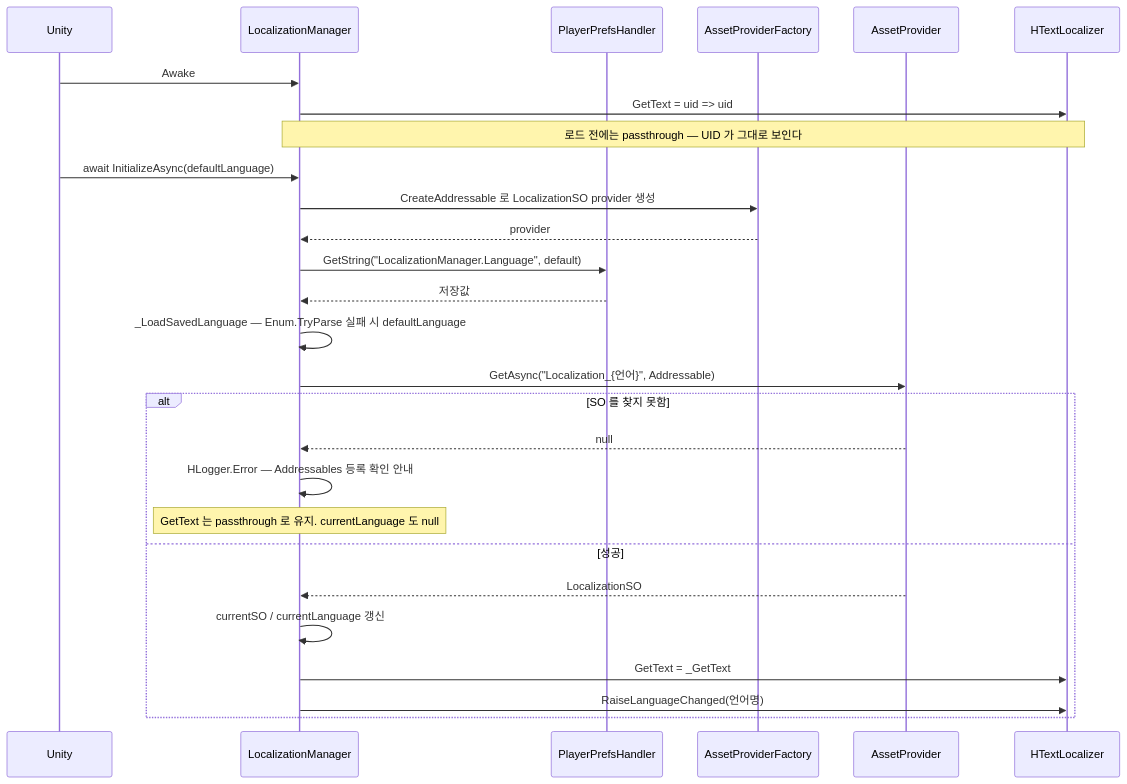
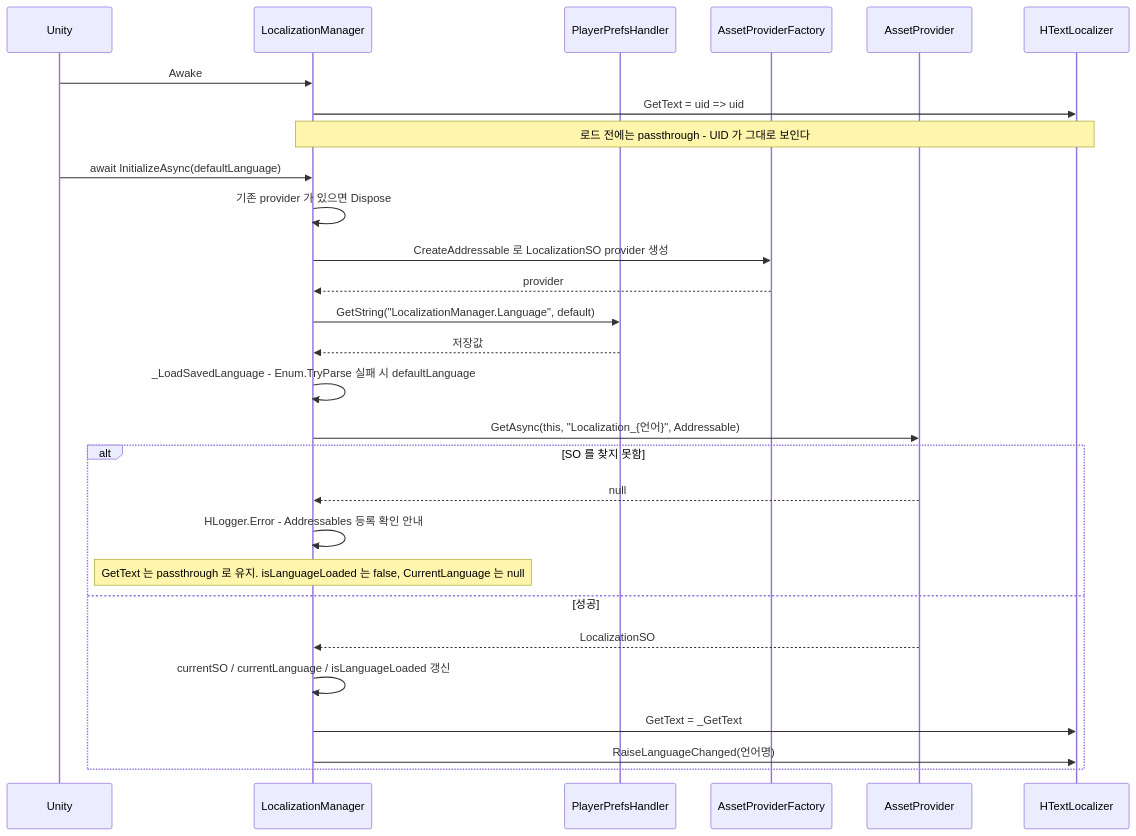
Before and after one commit to HoHong123/HCUP-Unity: the second of 4 diagrams in HLocalization/HcupLocalization/Runtime/README.md, drawn with Mermaid. The commit also changed other lines of this file, not shown here.

Commit message:
[Docs] 📝 21.09.26 Refresh HLocalization/HcupLocalization/Runtime README against current code and move stale notes to history

````diff
--- a/HLocalization/HcupLocalization/Runtime/README.md
+++ b/HLocalization/HcupLocalization/Runtime/README.md
@@ -133,30 +133,31 @@
 ```mermaid
 sequenceDiagram
     participant U as Unity
     participant LM as LocalizationManager
     participant PP as PlayerPrefsHandler
     participant F as AssetProviderFactory
     participant AP as AssetProvider
     participant TL as HTextLocalizer
 
     U->>LM: Awake
     LM->>TL: GetText = uid => uid
-    Note over LM,TL: 로드 전에는 passthrough — UID 가 그대로 보인다
+    Note over LM,TL: 로드 전에는 passthrough - UID 가 그대로 보인다
     U->>LM: await InitializeAsync(defaultLanguage)
+    LM->>LM: 기존 provider 가 있으면 Dispose
     LM->>F: CreateAddressable 로 LocalizationSO provider 생성
     F-->>LM: provider
     LM->>PP: GetString("LocalizationManager.Language", default)
     PP-->>LM: 저장값
-    LM->>LM: _LoadSavedLanguage — Enum.TryParse 실패 시 defaultLanguage
-    LM->>AP: GetAsync("Localization_{언어}", Addressable)
+    LM->>LM: _LoadSavedLanguage - Enum.TryParse 실패 시 defaultLanguage
+    LM->>AP: GetAsync(this, "Localization_{언어}", Addressable)
     alt SO 를 찾지 못함
         AP-->>LM: null
-        LM->>LM: HLogger.Error — Addressables 등록 확인 안내
-        Note over LM: GetText 는 passthrough 로 유지. currentLanguage 도 null
+        LM->>LM: HLogger.Error - Addressables 등록 확인 안내
+        Note over LM: GetText 는 passthrough 로 유지. isLanguageLoaded 는 false, CurrentLanguage 는 null
     else 성공
         AP-->>LM: LocalizationSO
-        LM->>LM: currentSO / currentLanguage 갱신
+        LM->>LM: currentSO / currentLanguage / isLanguageLoaded 갱신
         LM->>TL: GetText = _GetText
         LM->>TL: RaiseLanguageChanged(언어명)
     end
 ```
````
